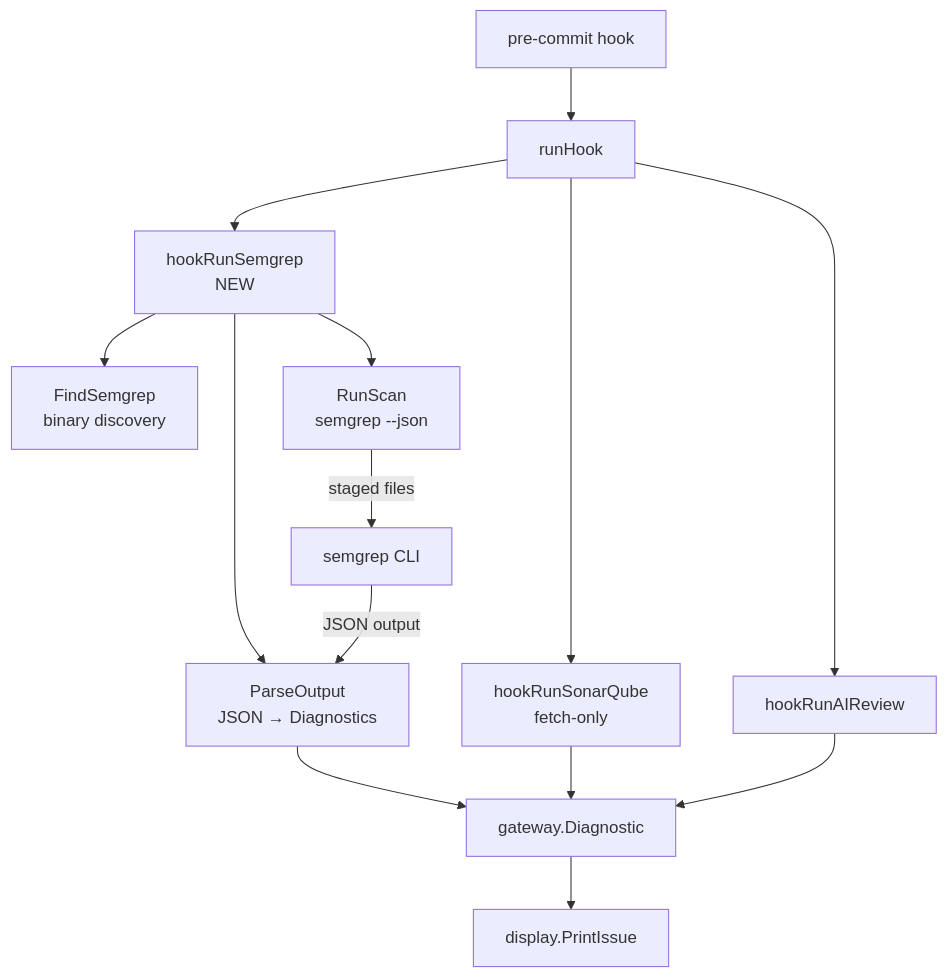
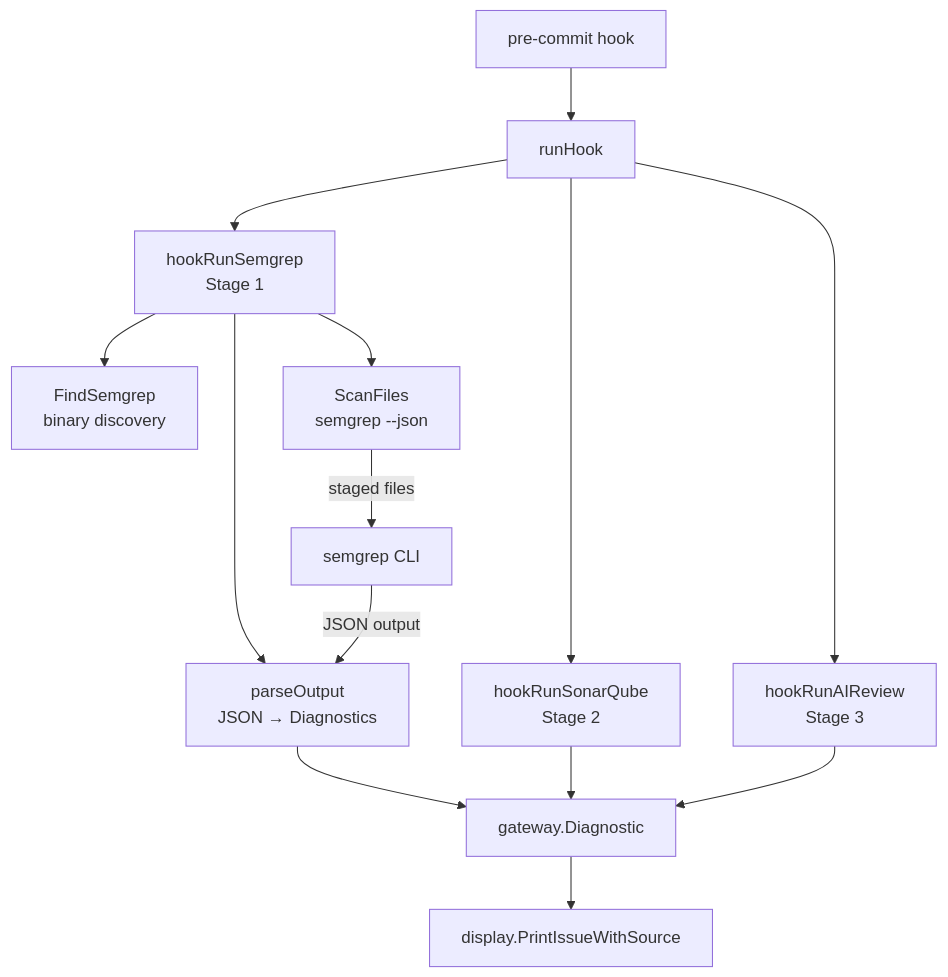
The diagram in docs/ai/design/feature-semgrep-integration.md (hiiamtrong/smart-code-review), drawn with Mermaid before and after one commit. The commit also changed other lines of this file and 5 other files, not shown here.

````diff
--- a/docs/ai/design/feature-semgrep-integration.md
+++ b/docs/ai/design/feature-semgrep-integration.md
@@ -11,19 +11,19 @@
 ```mermaid
 graph TD
     Hook[pre-commit hook] --> RunHook[runHook]
-    RunHook --> SQ[hookRunSonarQube<br/>fetch-only]
-    RunHook --> SG[hookRunSemgrep<br/>NEW]
-    RunHook --> AI[hookRunAIReview]
+    RunHook --> SG[hookRunSemgrep<br/>Stage 1]
+    RunHook --> SQ[hookRunSonarQube<br/>Stage 2]
+    RunHook --> AI[hookRunAIReview<br/>Stage 3]
 
     SG --> FindBin[FindSemgrep<br/>binary discovery]
-    SG --> RunScan[RunScan<br/>semgrep --json]
-    SG --> Parse[ParseOutput<br/>JSON → Diagnostics]
+    SG --> RunScan[ScanFiles<br/>semgrep --json]
+    SG --> Parse[parseOutput<br/>JSON → Diagnostics]
 
     RunScan -->|staged files| Semgrep[semgrep CLI]
     Semgrep -->|JSON output| Parse
     Parse --> Diag[gateway.Diagnostic]
 
     SQ --> Diag
     AI --> Diag
-    Diag --> Display[display.PrintIssue]
+    Diag --> Display[display.PrintIssueWithSource]
 ```
````
